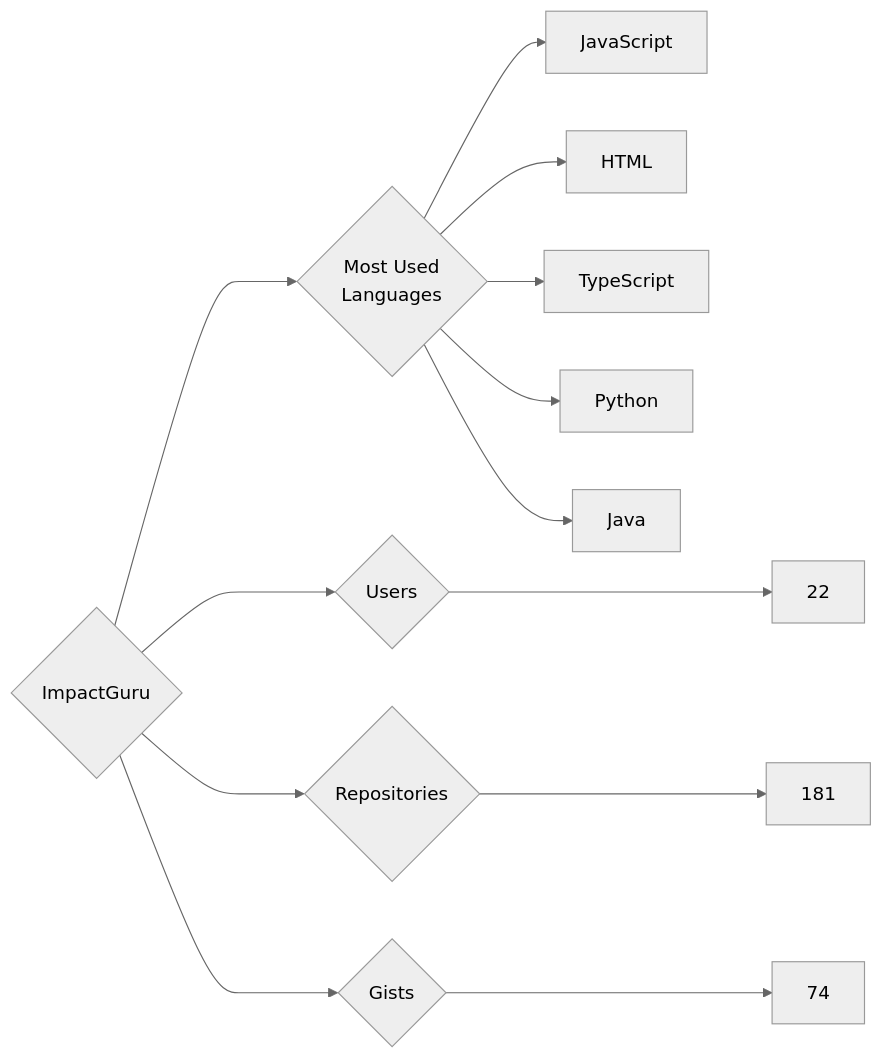
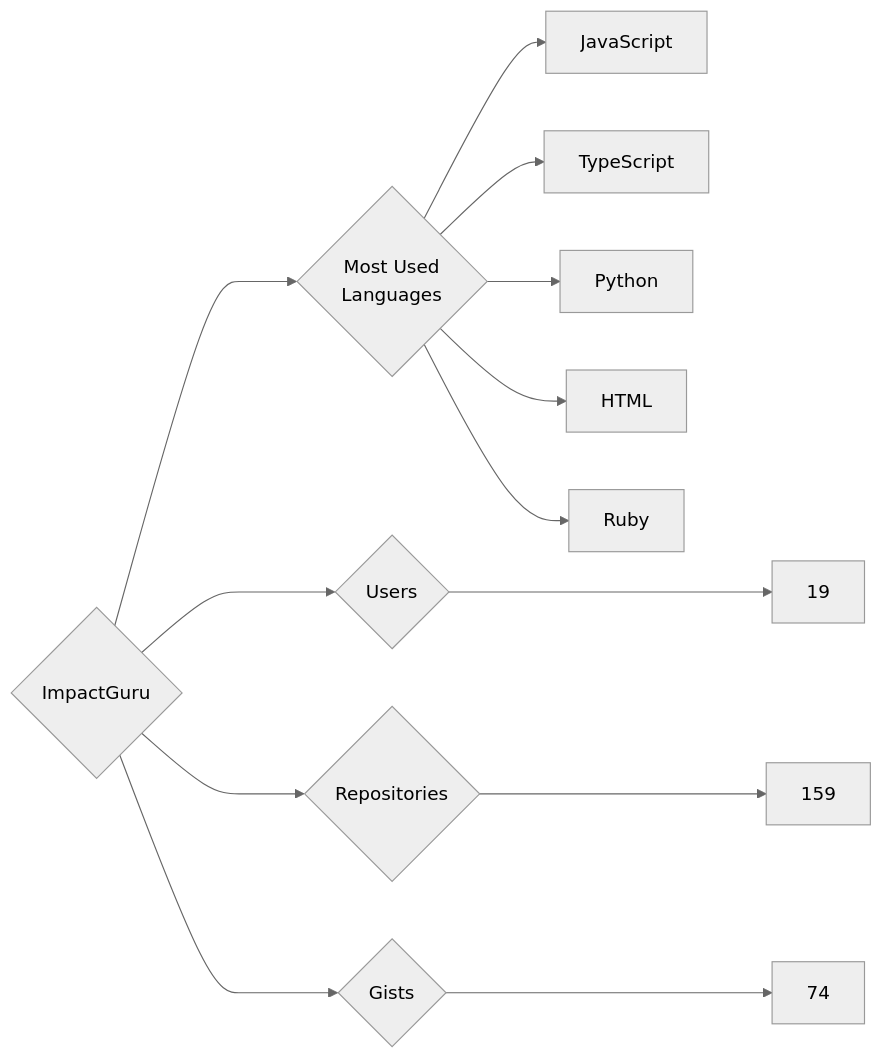
The diagram in targets/ImpactGuru/README.md (trickest/insiders), drawn with Mermaid (neutral theme) before and after one commit. The commit also changed 775 other files, not shown here.

````diff
--- a/targets/ImpactGuru/README.md
+++ b/targets/ImpactGuru/README.md
@@ -3,13 +3,13 @@
 ```mermaid
 graph LR
 COMPANY_NAME{ImpactGuru}
-COMPANY_NAME ---> U{Users} ---> UN[22]
-COMPANY_NAME ---> R{Repositories} ---> RN[181]
+COMPANY_NAME ---> U{Users} ---> UN[19]
+COMPANY_NAME ---> R{Repositories} ---> RN[159]
 COMPANY_NAME ---> G{Gists} ---> GN[74]
 COMPANY_NAME ---> ML{Most Used<br>Languages}
 ML --> JavaScript[JavaScript]
-ML --> HTML[HTML]
 ML --> TypeScript[TypeScript]
 ML --> Python[Python]
-ML --> Java[Java]
+ML --> HTML[HTML]
+ML --> Ruby[Ruby]
 ```
````
